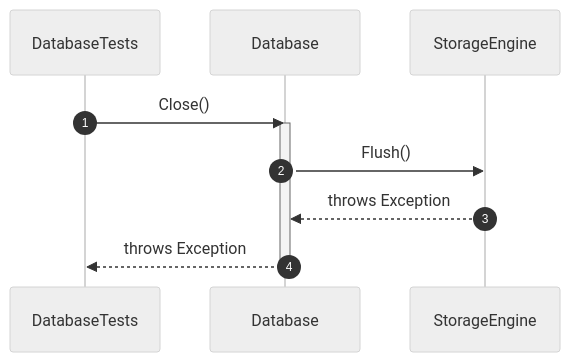
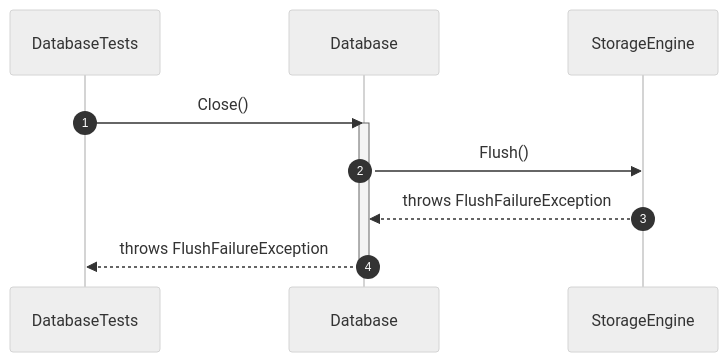
One commit to manaxpow/DBMS changed diagram 16 of 29 in docs/sequence-diagrams/database-management/README.md. Above: the diagram before and after it, drawn with Mermaid (neutral theme). The commit also changed other lines of this file and 23 other files, not shown here.

````diff
--- a/docs/sequence-diagrams/database-management/README.md
+++ b/docs/sequence-diagrams/database-management/README.md
@@ -323,15 +323,15 @@
 ```mermaid
 sequenceDiagram
     autonumber
 
     participant Test as DatabaseTests
     participant DB as Database
     participant Storage as StorageEngine
 
     Test->>DB: Close()
     activate DB
     DB->>Storage: Flush()
-    Storage-->>DB: throws Exception
-    DB-->>Test: throws Exception
+    Storage-->>DB: throws FlushFailureException
+    DB-->>Test: throws FlushFailureException
     deactivate DB
 ```
````
